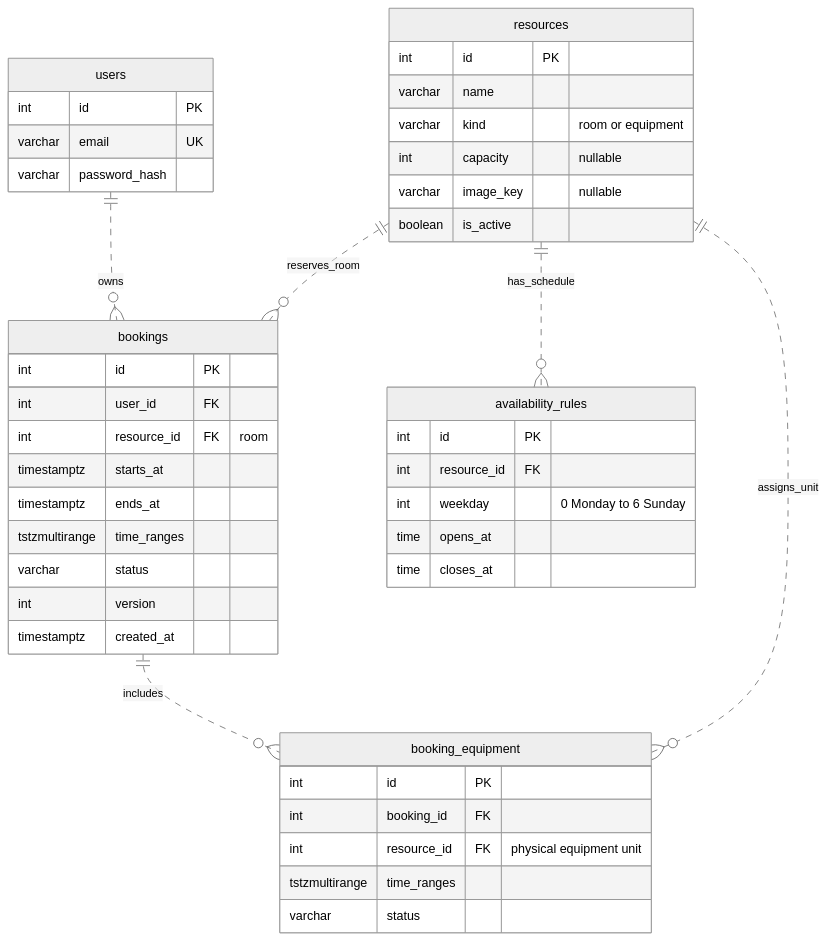
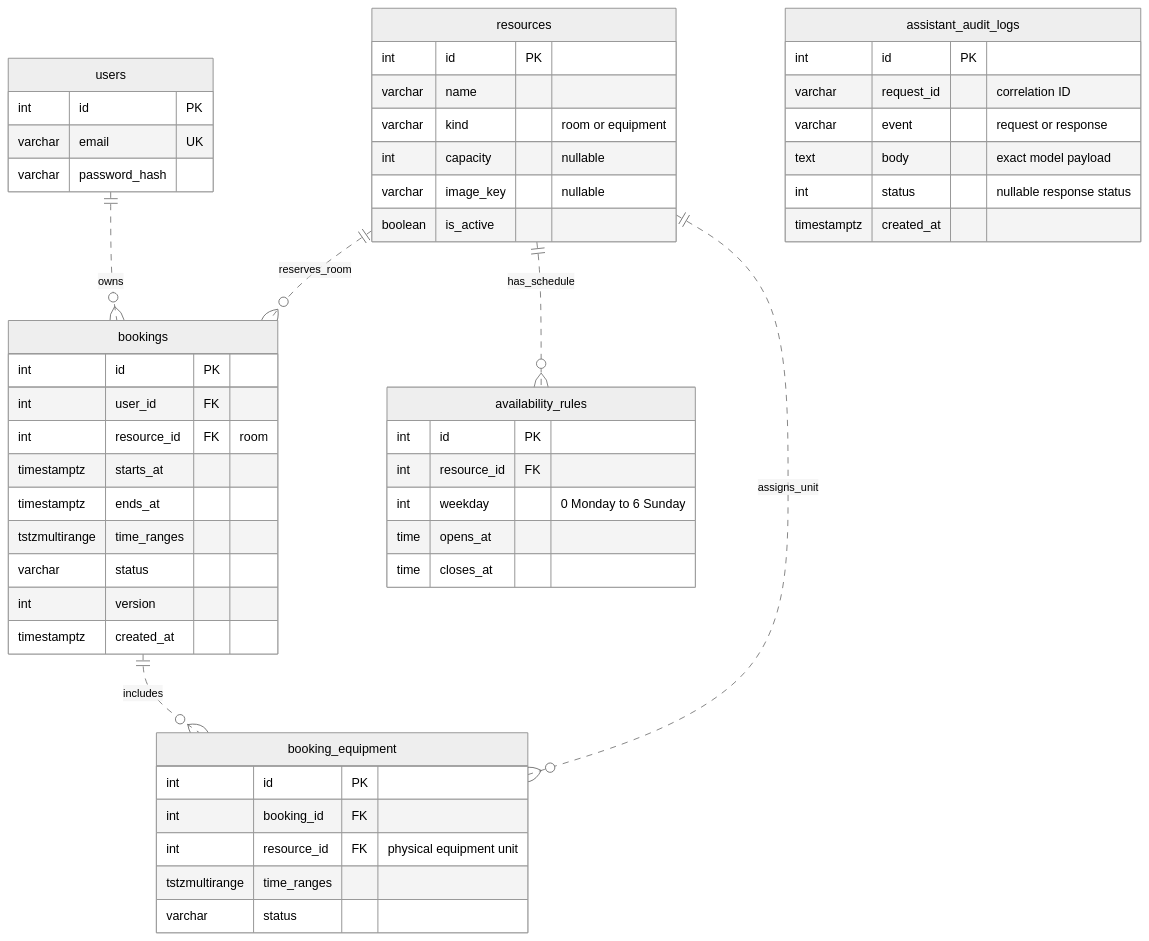
The first of 4 diagrams in docs/diagrams.md (Title-v/Trinity-roots-assignment), drawn with Mermaid (neutral theme) before and after one commit. The commit also changed other lines of this file and 14 other files, not shown here.

Commit message:
Configure Vercel services and durable model audit logs

````diff
--- a/docs/diagrams.md
+++ b/docs/diagrams.md
@@ -9,47 +9,55 @@
 ```mermaid
 erDiagram
     users ||..o{ bookings : owns
     resources ||..o{ bookings : reserves_room
     bookings ||..o{ booking_equipment : includes
     resources ||..o{ booking_equipment : assigns_unit
     resources ||..o{ availability_rules : has_schedule
 
     users {
         int id PK
         varchar email UK
         varchar password_hash
     }
     resources {
         int id PK
         varchar name
         varchar kind "room or equipment"
         int capacity "nullable"
         varchar image_key "nullable"
         boolean is_active
     }
     bookings {
         int id PK
         int user_id FK
         int resource_id FK "room"
         timestamptz starts_at
         timestamptz ends_at
         tstzmultirange time_ranges
         varchar status
         int version
         timestamptz created_at
     }
     booking_equipment {
         int id PK
         int booking_id FK
         int resource_id FK "physical equipment unit"
         tstzmultirange time_ranges
         varchar status
     }
+    assistant_audit_logs {
+        int id PK
+        varchar request_id "correlation ID"
+        varchar event "request or response"
+        text body "exact model payload"
+        int status "nullable response status"
+        timestamptz created_at
+    }
     availability_rules {
         int id PK
         int resource_id FK
         int weekday "0 Monday to 6 Sunday"
         time opens_at
         time closes_at
     }
 ```
````
